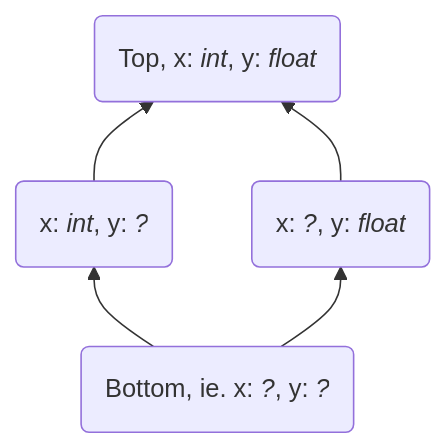
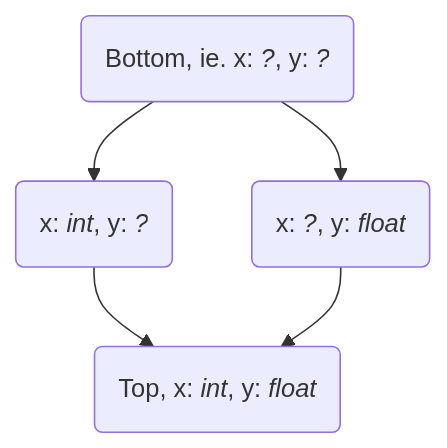
Before and after one commit to faster-cpython/ideas: the diagram in 3.13/redundancy_eliminator.md, drawn with Mermaid.

Commit message:
make lattice top down

````diff
--- a/3.13/redundancy_eliminator.md
+++ b/3.13/redundancy_eliminator.md
@@ -48,8 +48,8 @@
 ```mermaid
-flowchart BT
+flowchart TD
     A("`Bottom, ie. x: *?*, y: *?*`") --> B("`x: *int*, y: *?*`")
     A --> C("`x: *?*, y: *float*`")
     B --> D("`Top, x: *int*, y: *float*`")
     C --> D
   
 ```
````
